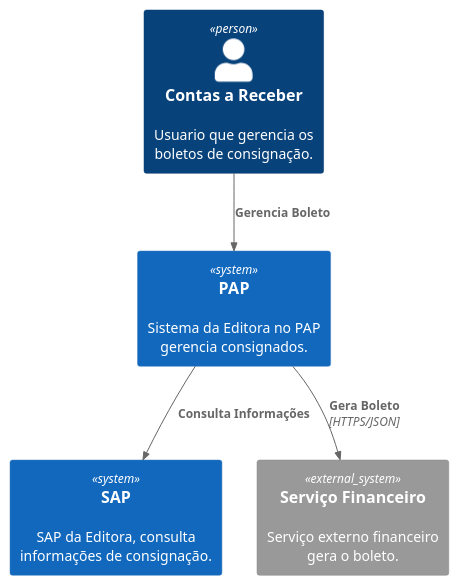
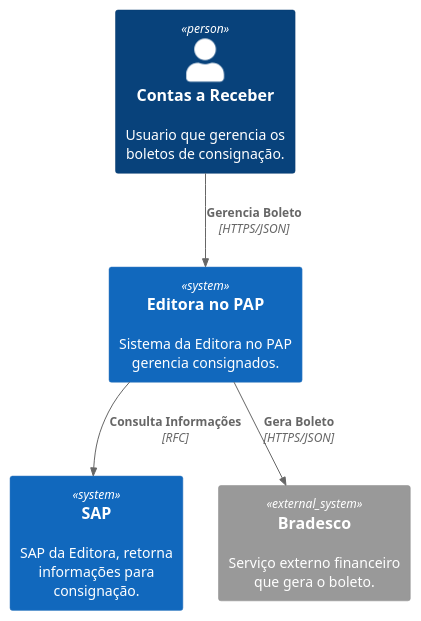
One commit to samoryfiotec/Editora changed the diagram in docs/Context.puml. Above: the diagram before and after it, drawn with PlantUML. The commit also changed 3 other files, not shown here.

Commit message:
Atualiza diagramas de container e contexto com novas relações e informações sobre serviços externos.

```diff
--- a/docs/Context.puml
+++ b/docs/Context.puml
@@ -1,15 +1,15 @@
 @startuml EditoraConsignadoContext
 !includeurl https://raw.githubusercontent.com/plantuml-stdlib/C4-PlantUML/master/C4_Context.puml
 
 AddRelTag("sync", $textColor="black", $lineColor="black", $lineStyle="dashed")
 
 Person(contas, "Contas a Receber", "Usuario que gerencia os boletos de consignação.")
-System(PAP, "PAP", "Sistema da Editora no PAP gerencia consignados.")
-System(SAP, "SAP", "SAP da Editora, consulta informações de consignação.")
-System_Ext(servicoFinanceiro, "Serviço Financeiro", "Serviço externo financeiro gera o boleto.")
+System(PAP, "Editora no PAP", "Sistema da Editora no PAP gerencia consignados.")
+System(SAP, "SAP", "SAP da Editora, retorna informações para consignação.")
+System_Ext(servicoFinanceiro, "Bradesco", "Serviço externo financeiro que gera o boleto.")
 
-Rel(contas, PAP, "Gerencia Boleto")
+Rel(contas, PAP, "Gerencia Boleto", "HTTPS/JSON")
 Rel(PAP, servicoFinanceiro, "Gera Boleto", "HTTPS/JSON")
-Rel(PAP, SAP, "Consulta Informações")
+Rel(PAP, SAP, "Consulta Informações", "RFC")
 
 @enduml
```
